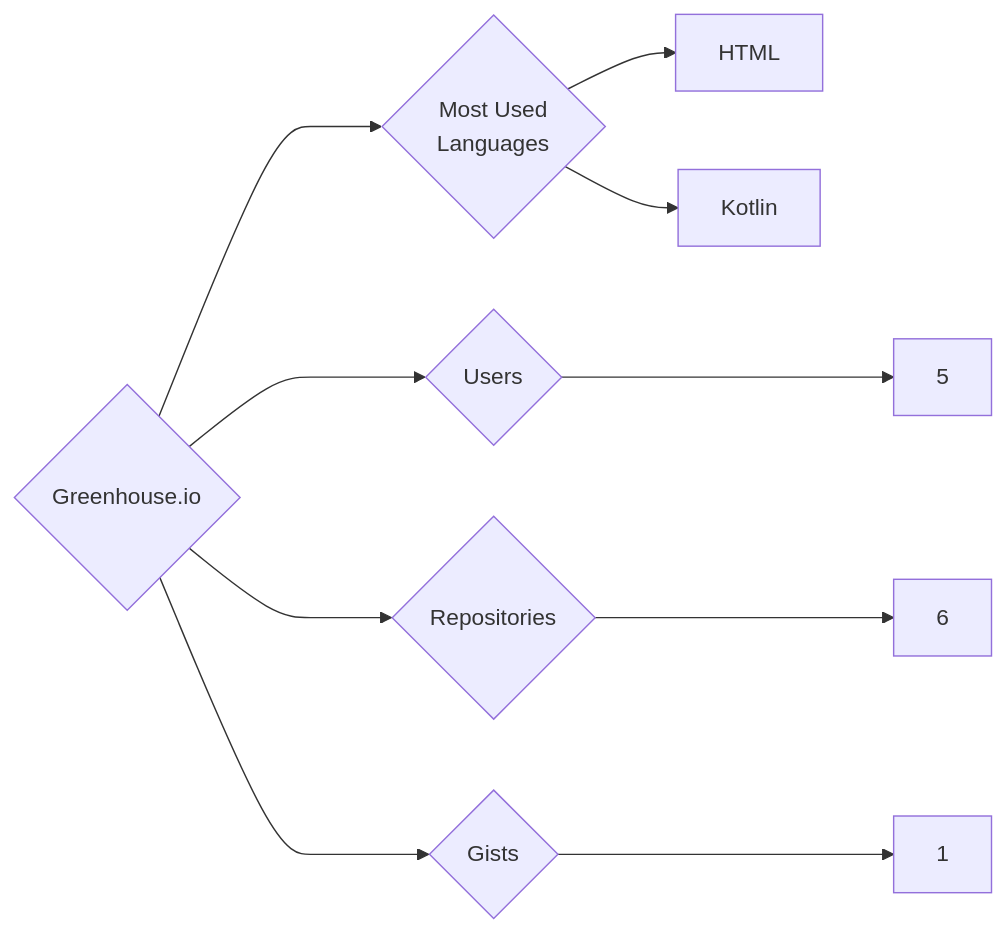
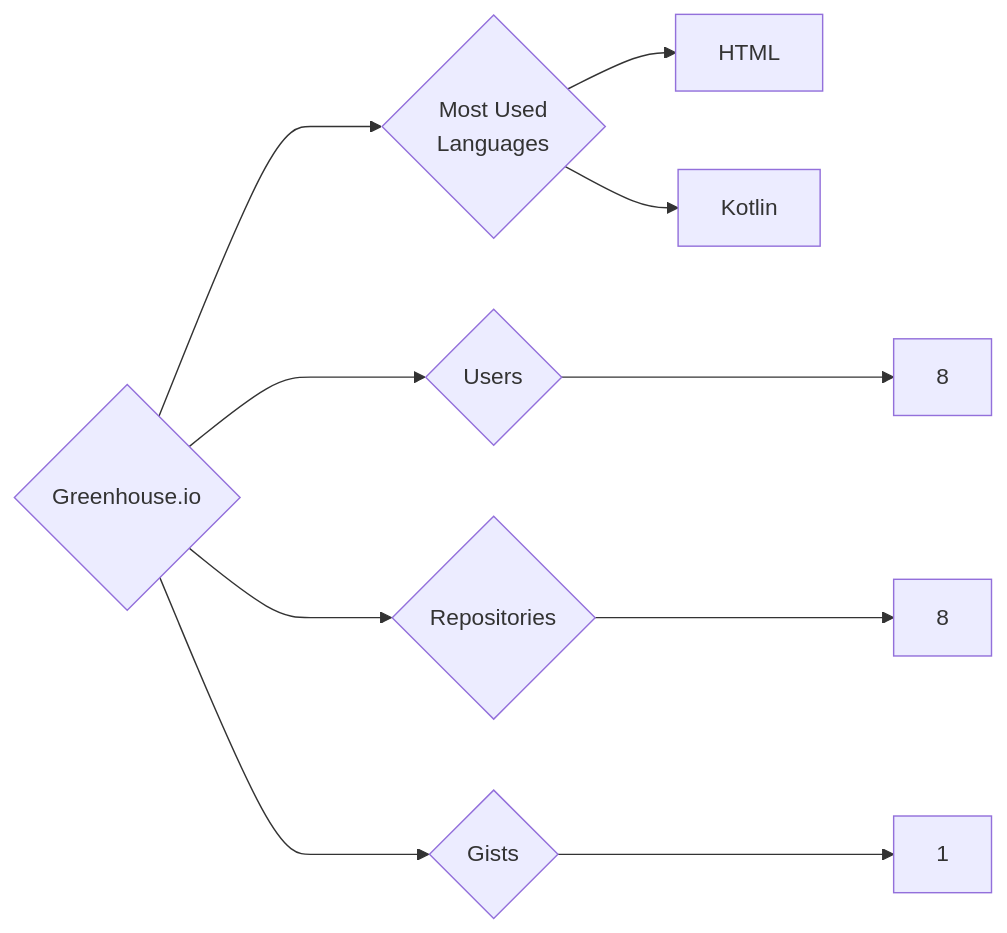
One commit to trickest/insiders changed the diagram in targets/Greenhouse.io/README.md. Above: the diagram before and after it, drawn with Mermaid. The commit also changed 1148 other files, not shown here.

````diff
--- a/targets/Greenhouse.io/README.md
+++ b/targets/Greenhouse.io/README.md
@@ -3,10 +3,10 @@
 ```mermaid
 graph LR
 COMPANY_NAME{Greenhouse.io}
-COMPANY_NAME ---> U{Users} ---> UN[5]
-COMPANY_NAME ---> R{Repositories} ---> RN[6]
+COMPANY_NAME ---> U{Users} ---> UN[8]
+COMPANY_NAME ---> R{Repositories} ---> RN[8]
 COMPANY_NAME ---> G{Gists} ---> GN[1]
 COMPANY_NAME ---> ML{Most Used<br>Languages}
 ML --> HTML[HTML]
 ML --> Kotlin[Kotlin]
 ```
````
